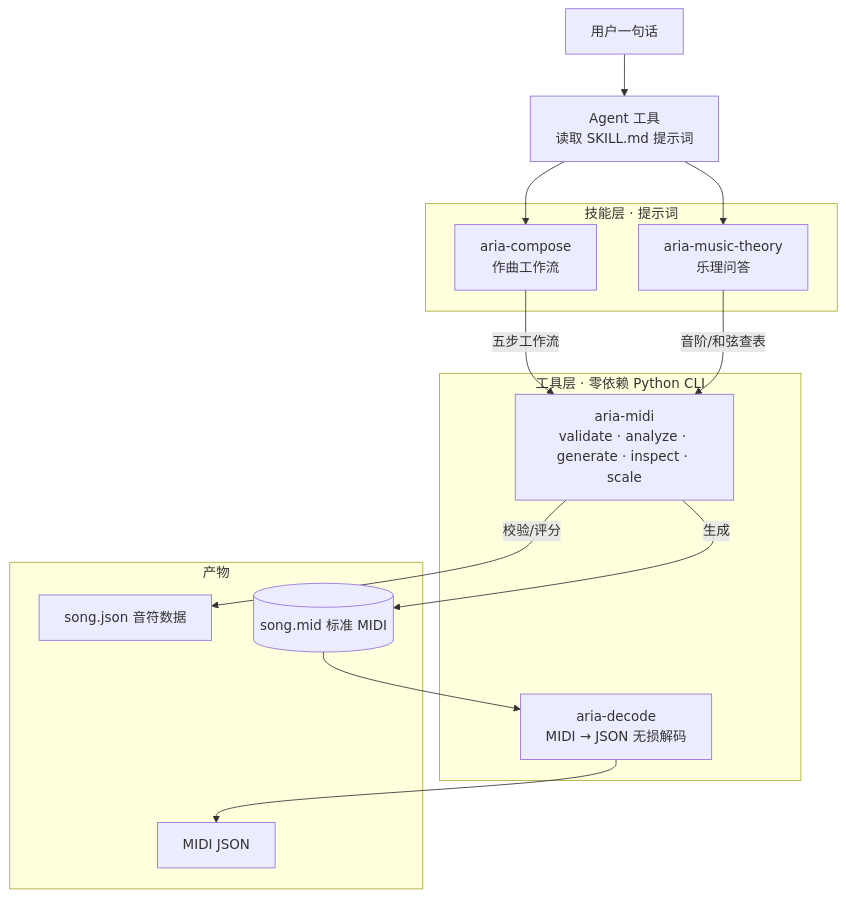
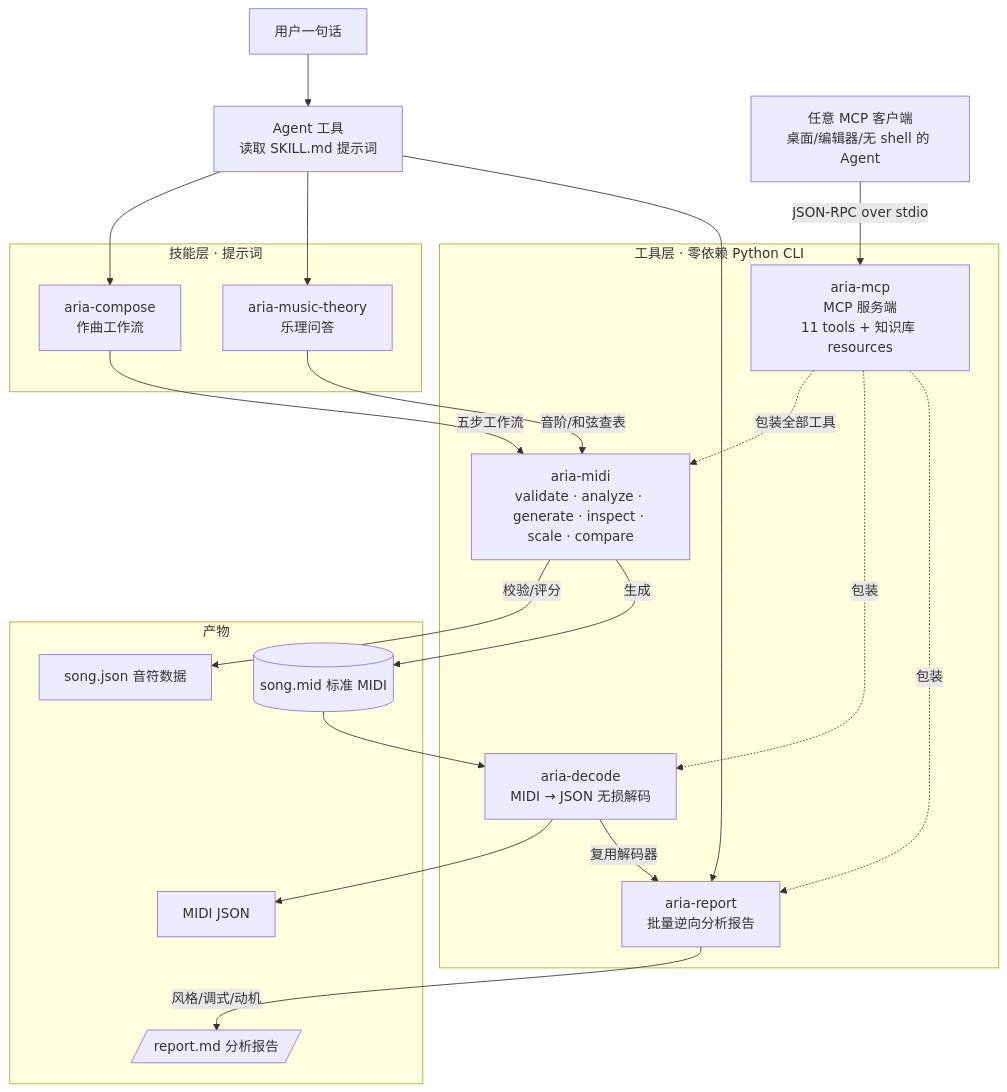
Before and after one commit to M7ui/Aria_Skills: the diagram in README.md, drawn with Mermaid. The commit also changed other lines of this file and 25 other files, not shown here.

First line of the commit message:
feat: 新增 aria-mcp 服务端、补全 aria-report，确立命名与目录约定

````diff
--- a/README.md
+++ b/README.md
@@ -57,29 +66,39 @@
 ```mermaid
 flowchart TB
     User[用户一句话] --> Agent[Agent 工具<br/>读取 SKILL.md 提示词]
 
     subgraph Skills[技能层 · 提示词]
         Compose[aria-compose<br/>作曲工作流]
         Theory[aria-music-theory<br/>乐理问答]
     end
 
     subgraph Toolkit[工具层 · 零依赖 Python CLI]
-        Midi[aria-midi<br/>validate · analyze · generate · inspect · scale]
+        Midi[aria-midi<br/>validate · analyze · generate · inspect · scale · compare]
         Decode[aria-decode<br/>MIDI → JSON 无损解码]
+        Report[aria-report<br/>批量逆向分析报告]
+        Mcp[aria-mcp<br/>MCP 服务端<br/>11 tools + 知识库 resources]
     end
 
     subgraph Output[产物]
         Song[song.json 音符数据]
         MidiFile[(song.mid 标准 MIDI)]
         MidiJson[MIDI JSON]
+        MdReport[/report.md 分析报告/]
     end
 
     Agent --> Compose
     Agent --> Theory
+    Agent --> Report
     Compose -->|五步工作流| Midi
     Theory -->|音阶/和弦查表| Midi
     Midi -->|校验/评分| Song
     Midi -->|生成| MidiFile
     MidiFile --> Decode
     Decode --> MidiJson
+    Decode -->|复用解码器| Report
+    Report -->|风格/调式/动机| MdReport
+    Mcp -.->|包装全部工具| Midi
+    Mcp -.->|包装| Decode
+    Mcp -.->|包装| Report
+    Client[任意 MCP 客户端<br/>桌面/编辑器/无 shell 的 Agent] -->|JSON-RPC over stdio| Mcp
 ```
````
